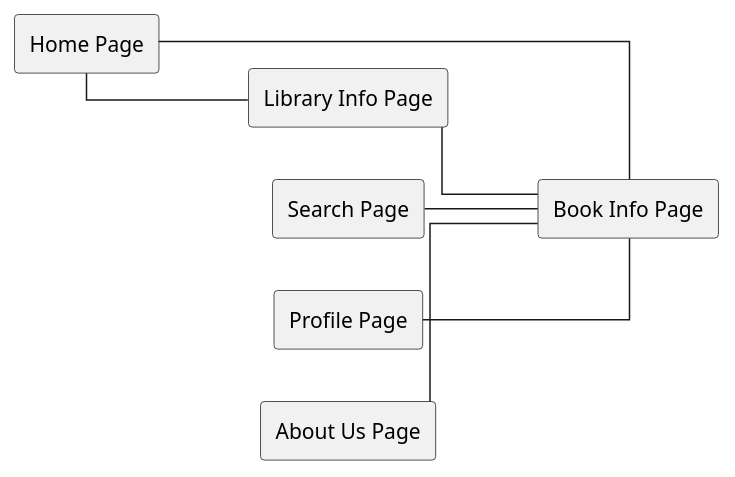
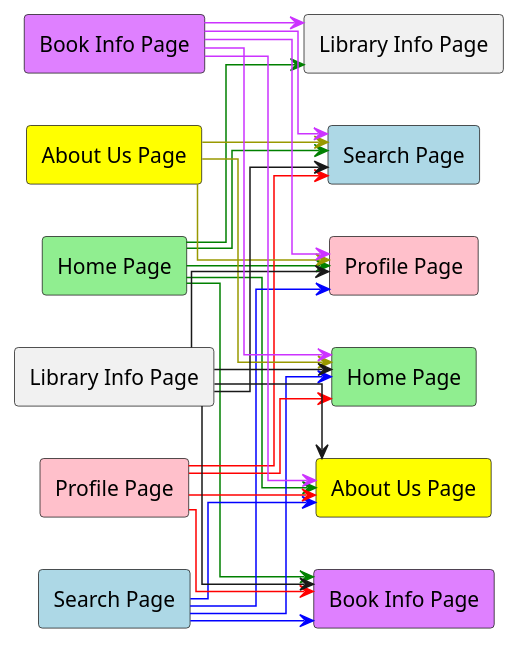
Before and after one commit to nikolasfil/Bilbo: the second of 2 diagrams in docs/report/connections.md, drawn with PlantUML. The commit also changed other lines of this file, not shown here.

Commit message:
route diagrams

````diff
--- a/docs/report/connections.md
+++ b/docs/report/connections.md
@@ -86,34 +72,61 @@
 ```plantuml
 
 @startuml
 skinparam linetype ortho
 
 left to right direction
 
 ' actor User
-rectangle "Home Page" as Home
-rectangle "Search Page" as Search
-rectangle "Profile Page" as Profile
-rectangle "About Us Page" as About
-rectangle "Book Info Page" as Book
+rectangle "Home Page" as Home1 #LightGreen
+rectangle "Search Page" as Search1 #LightBlue
+rectangle "Profile Page" as Profile1 #Pink
+rectangle "About Us Page" as About1 #Yellow
+rectangle "Book Info Page" as Book1 #df80ff
+rectangle "Library Info Page" as Library1
+
+rectangle "Home Page" as Home #LightGreen
+rectangle "Search Page" as Search #LightBlue
+rectangle "Profile Page" as Profile #Pink
+rectangle "About Us Page" as About #Yellow
+rectangle "Book Info Page" as Book #df80ff
 rectangle "Library Info Page" as Library
 
-' User -- Home
-' User -- Search
-' User -- Profile
-' User -- About
+Home1 --> Book #Green
+Home1 --> About #Green
+Home1 --> Profile #Green
+Home1 --> Search #Green
+Home1 --> Library #Green
 
-Home -- Book
-Home -- Library
+Search1 --> Book #Blue
+Search1 --> About #Blue
+Search1 --> Profile #Blue
+Search1 --> Home #Blue
 
-Search -- Book
+Profile1 --> Book #Red
+Profile1 --> Home #Red
+Profile1 --> About #Red
+Profile1 --> Search #Red
 
-Profile -- Book
+About1 --> Home #999900
+About1 --> Profile #999900
+About1 --> Search #999900
 
-About -- Book
+Library1 --> Book
+Library1 --> Home
+Library1 --> Profile
+Library1 --> Search
+Library1 --> About
 
-Library -- Book
+
+Book1 --> Library #cc33ff
+Book1 --> Home #cc33ff
+Book1 --> Profile #cc33ff
+Book1 --> Search #cc33ff
+Book1 --> About #cc33ff
+
+
+
 
 @enduml
 
 ```
````
